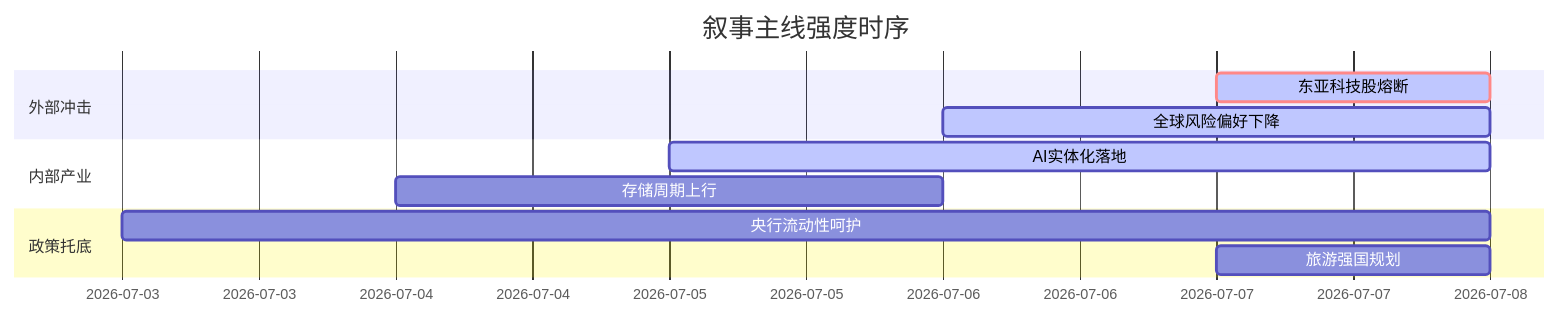
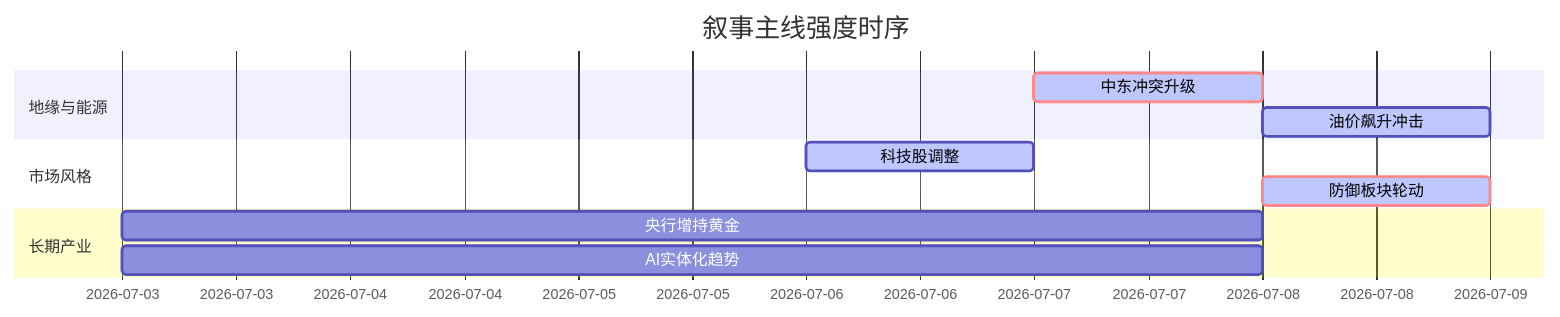
Before and after one commit to uu5zn/uu5zn.github.io: the diagram in 5day_report.md, drawn with Mermaid. The commit also changed other lines of this file and 23 other files, not shown here.

````diff
--- a/5day_report.md
+++ b/5day_report.md
@@ -54,16 +54,16 @@
 ```mermaid
 gantt
     title 叙事主线强度时序
     dateFormat  YYYY-MM-DD
-    section 外部冲击
-    东亚科技股熔断   :crit, active, 2026-07-07, 1d
-    全球风险偏好下降 :active, 2026-07-06, 2d
+    section 地缘与能源
+    中东冲突升级     :crit, active, 2026-07-07, 1d
+    油价飙升冲击     :active, 2026-07-08, 1d
     
-    section 内部产业
-    AI实体化落地     :active, 2026-07-05, 3d
-    存储周期上行     :2026-07-04, 2d
+    section 市场风格
+    科技股调整       :active, 2026-07-06, 1d
+    防御板块轮动     :crit, active, 2026-07-08, 1d
     
-    section 政策托底
-    央行流动性呵护   :2026-07-03, 5d
-    旅游强国规划     :2026-07-07, 1d
+    section 长期产业
+    央行增持黄金     :2026-07-03, 5d
+    AI实体化趋势     :2026-07-03, 5d
 ```
````
